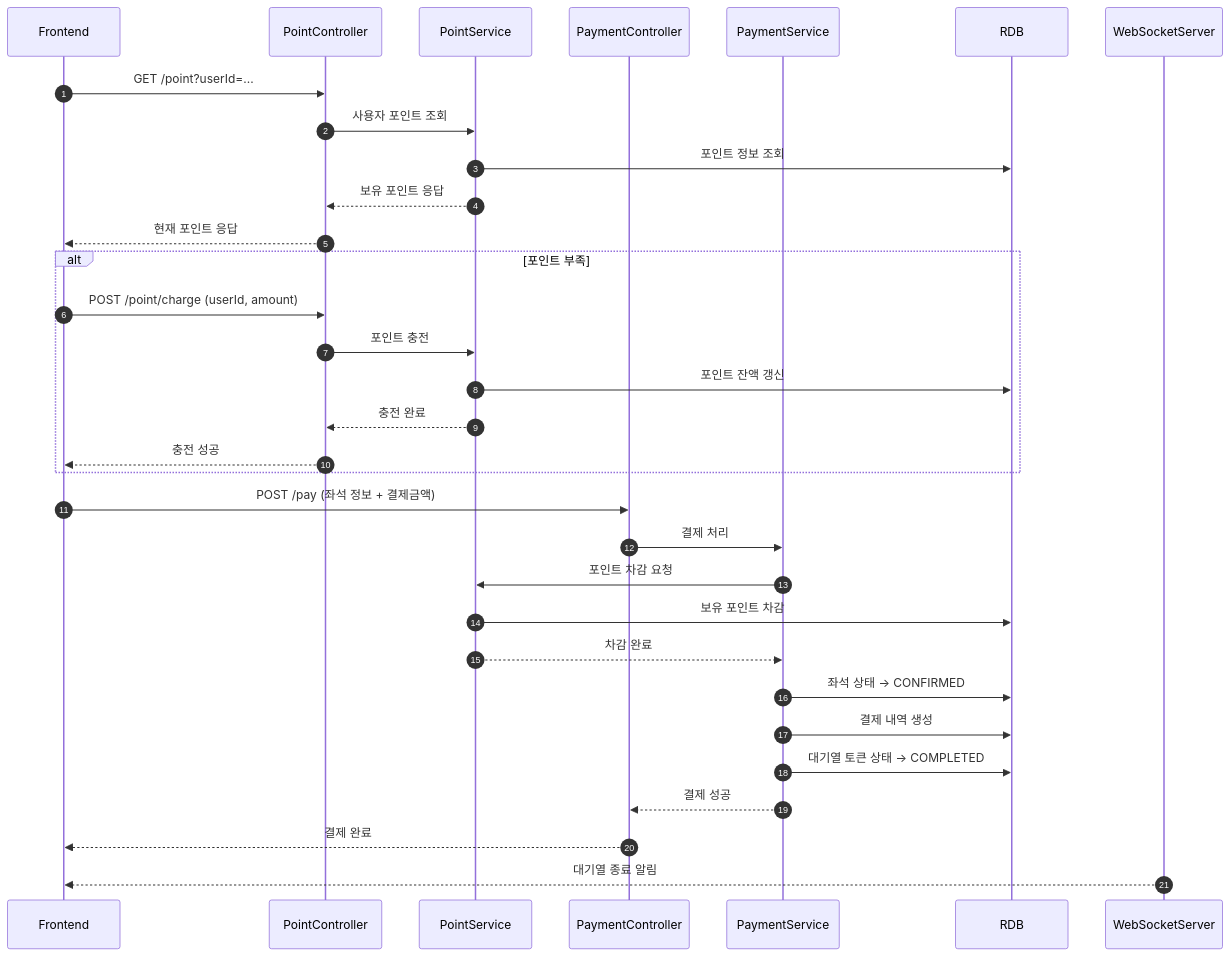
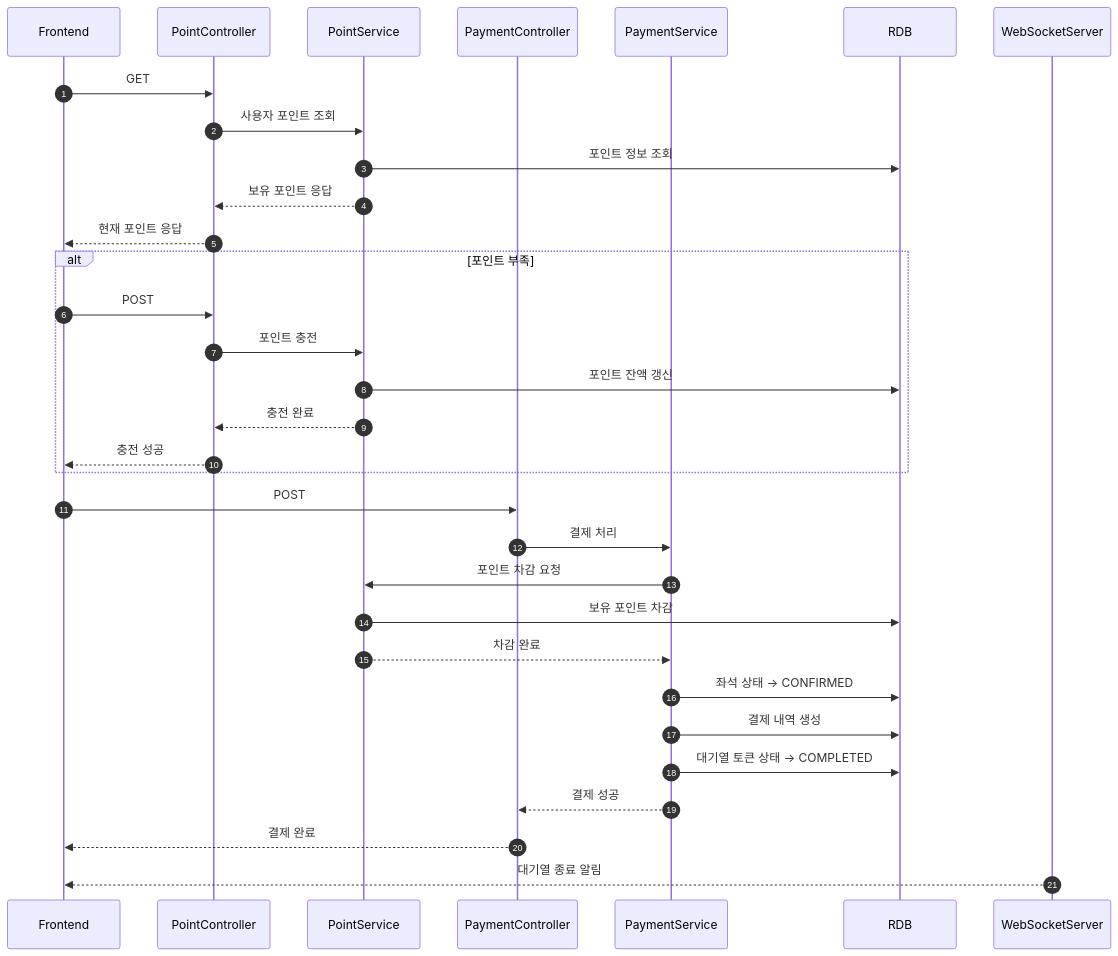
Before and after one commit to crispindeity/hhplus-server-jvm: the fourth of 6 diagrams in README.md, drawn with Mermaid. The commit also changed other lines of this file and 10 other files, not shown here.

````diff
--- a/README.md
+++ b/README.md
@@ -188,36 +191,36 @@
 ```mermaid
 sequenceDiagram
     autonumber
     participant FE as Frontend
     participant PointAPI as PointController
     participant PointService
     participant PayAPI as PaymentController
     participant PaymentService
     participant DB as RDB
     participant WS as WebSocketServer
-    FE ->> PointAPI: GET /point?userId=...
+    FE ->> PointAPI: GET
     PointAPI ->> PointService: 사용자 포인트 조회
     PointService ->> DB: 포인트 정보 조회
     PointService -->> PointAPI: 보유 포인트 응답
     PointAPI -->> FE: 현재 포인트 응답
 
     alt 포인트 부족
-        FE ->> PointAPI: POST /point/charge (userId, amount)
+        FE ->> PointAPI: POST
         PointAPI ->> PointService: 포인트 충전
         PointService ->> DB: 포인트 잔액 갱신
         PointService -->> PointAPI: 충전 완료
         PointAPI -->> FE: 충전 성공
     end
 
-    FE ->> PayAPI: POST /pay (좌석 정보 + 결제금액)
+    FE ->> PayAPI: POST
     PayAPI ->> PaymentService: 결제 처리
     PaymentService ->> PointService: 포인트 차감 요청
     PointService ->> DB: 보유 포인트 차감
     PointService -->> PaymentService: 차감 완료
     PaymentService ->> DB: 좌석 상태 → CONFIRMED
     PaymentService ->> DB: 결제 내역 생성
     PaymentService ->> DB: 대기열 토큰 상태 → COMPLETED
     PaymentService -->> PayAPI: 결제 성공
     PayAPI -->> FE: 결제 완료
     WS -->> FE: 대기열 종료 알림
 ```
````
